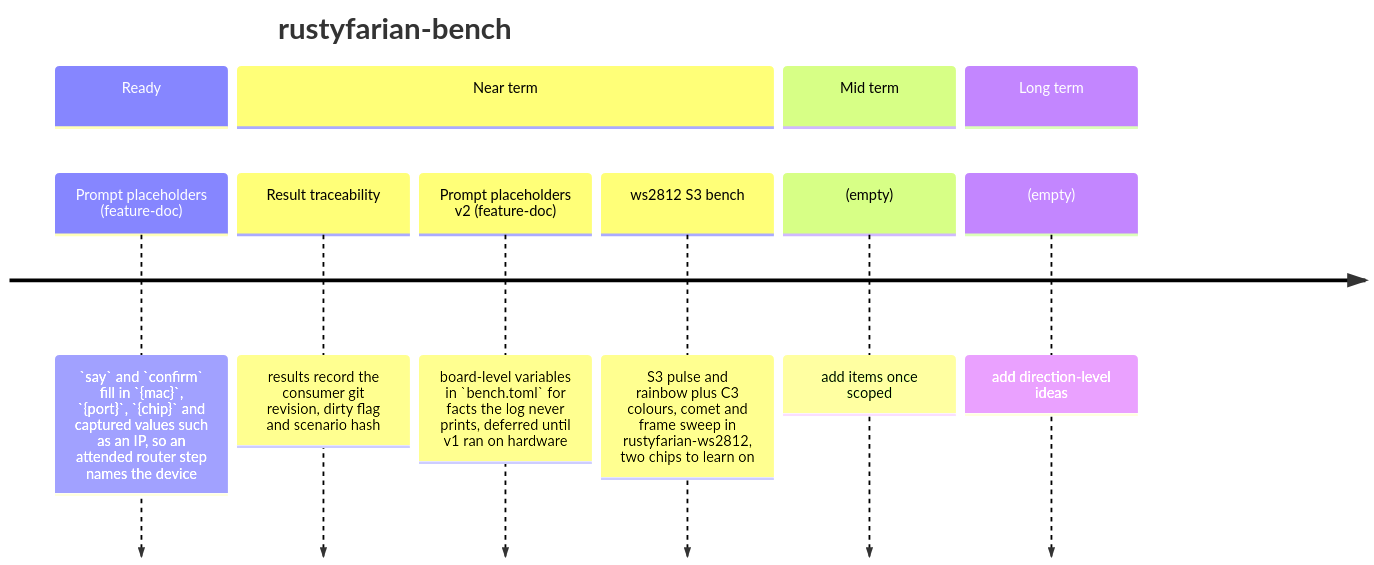
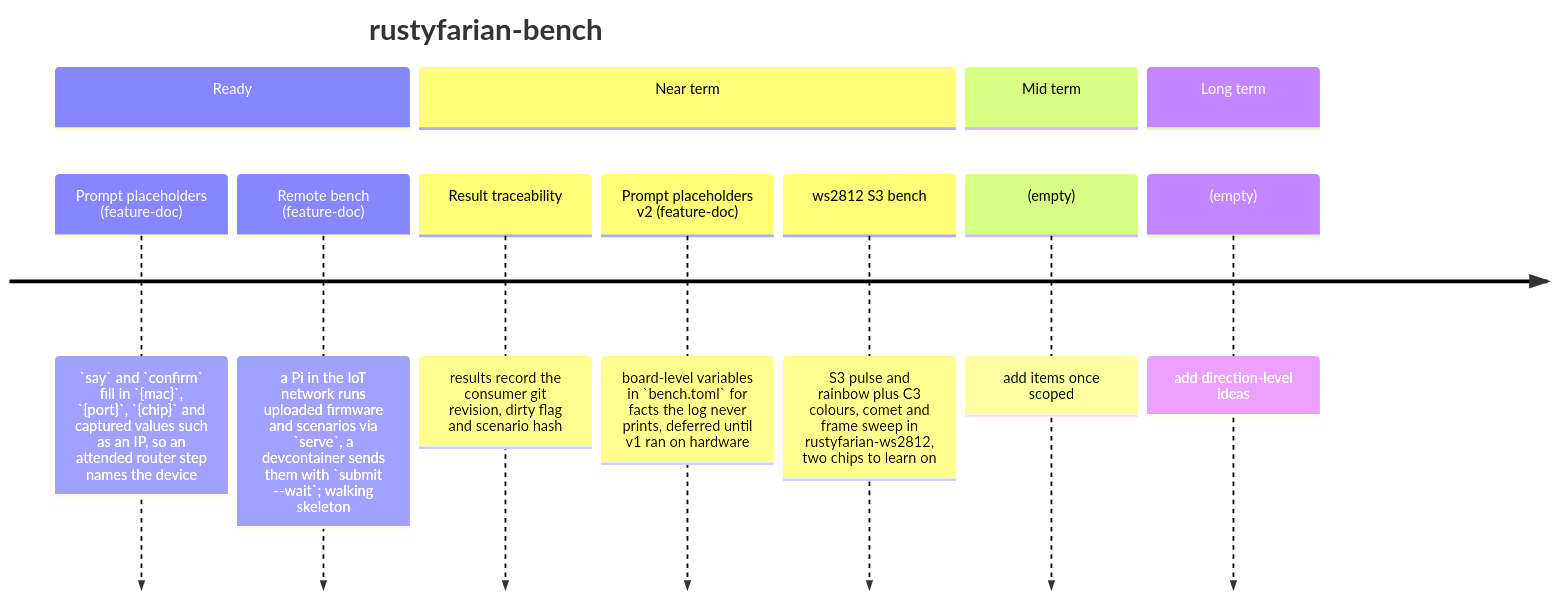
Before and after one commit to datenkollektiv/rustyfarian-bench: the diagram in docs/ROADMAP.md, drawn with Mermaid. The commit also changed 26 other files, not shown here.

Commit message:
Add a remote bench

````diff
--- a/docs/ROADMAP.md
+++ b/docs/ROADMAP.md
@@ -8,14 +8,15 @@
 ```mermaid
 timeline
     title rustyfarian-bench
     section Ready
         Prompt placeholders (feature-doc) : `say` and `confirm` fill in `{mac}`, `{port}`, `{chip}` and captured values such as an IP, so an attended router step names the device
+        Remote bench (feature-doc) : a Pi in the IoT network runs uploaded firmware and scenarios via `serve`, a devcontainer sends them with `submit --wait`; walking skeleton
     section Near term
         Result traceability : results record the consumer git revision, dirty flag and scenario hash
         Prompt placeholders v2 (feature-doc) : board-level variables in `bench.toml` for facts the log never prints, deferred until v1 ran on hardware
         ws2812 S3 bench : S3 pulse and rainbow plus C3 colours, comet and frame sweep in rustyfarian-ws2812, two chips to learn on
     section Mid term
         (empty) : add items once scoped
     section Long term
         (empty) : add direction-level ideas
 ```
````
